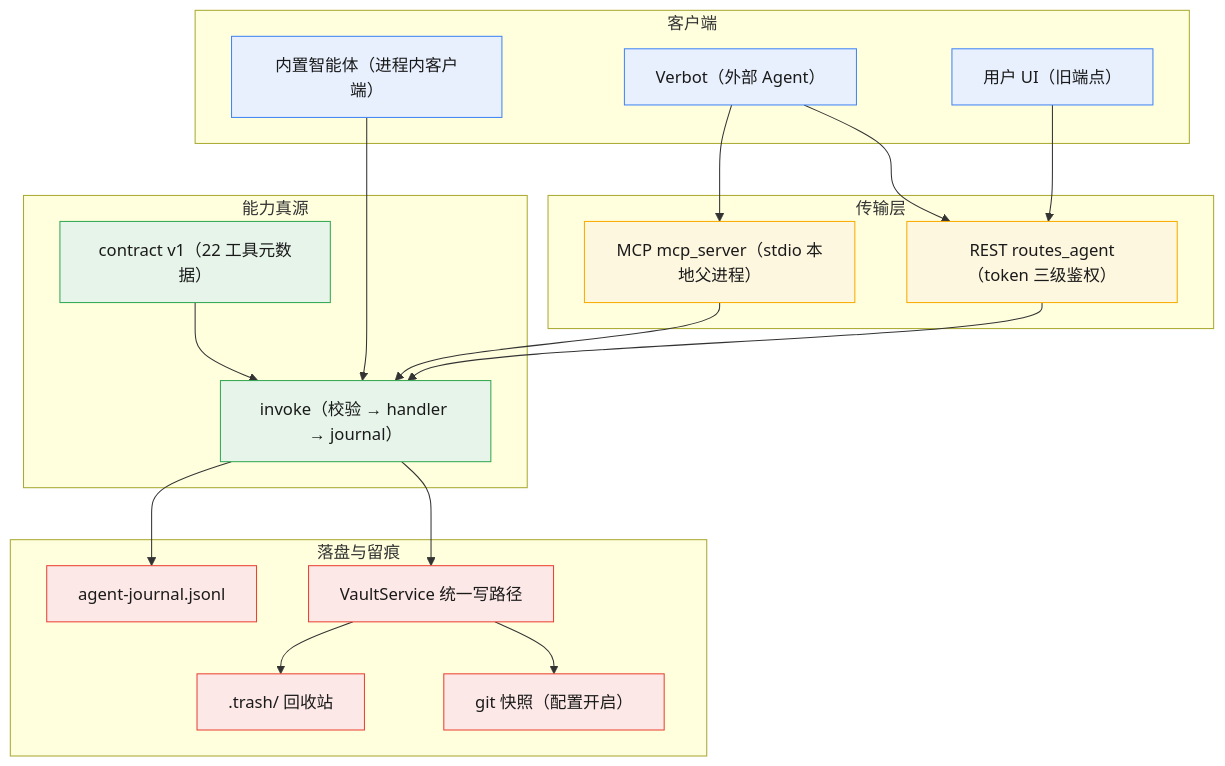
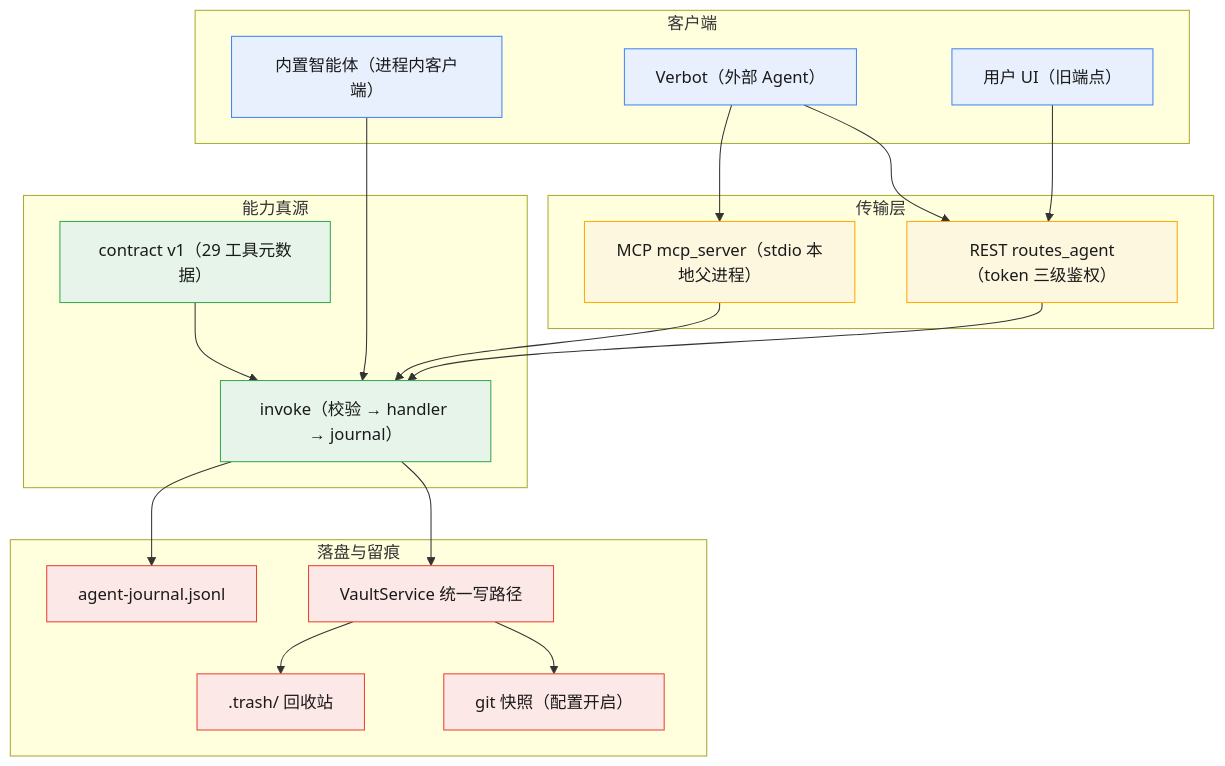
The diagram in docs/AGENT-CONTRACT.md (you347/Kwey), drawn with Mermaid before and after one commit. The commit also changed other lines of this file and 13 other files, not shown here.

````diff
--- a/docs/AGENT-CONTRACT.md
+++ b/docs/AGENT-CONTRACT.md
@@ -114,41 +181,41 @@
 ```mermaid
 graph TD
     subgraph 客户端
         B["内置智能体（进程内客户端）"]
         V["Verbot（外部 Agent）"]
         U["用户 UI（旧端点）"]
     end
     subgraph 传输层
         R["REST routes_agent（token 三级鉴权）"]
         M["MCP mcp_server（stdio 本地父进程）"]
     end
     subgraph 能力真源
-        C["contract v1（22 工具元数据）"]
+        C["contract v1（29 工具元数据）"]
         I["invoke（校验 → handler → journal）"]
     end
     subgraph 落盘与留痕
         W["VaultService 统一写路径"]
         S["git 快照（配置开启）"]
         T[".trash/ 回收站"]
         J["agent-journal.jsonl"]
     end
     B --> I
     V --> R
     V --> M
     U --> R
     R --> I
     M --> I
     C --> I
     I --> W
     W --> S
     W --> T
     I --> J
     classDef client fill:#e8f0fe,stroke:#4285f4,color:#1a1a1a;
     classDef transport fill:#fef7e0,stroke:#f9ab00,color:#1a1a1a;
     classDef core fill:#e6f4ea,stroke:#34a853,color:#1a1a1a;
     classDef storage fill:#fce8e6,stroke:#ea4335,color:#1a1a1a;
     class B,V,U client;
     class R,M transport;
     class C,I core;
     class W,S,T,J storage;
 ```
````
